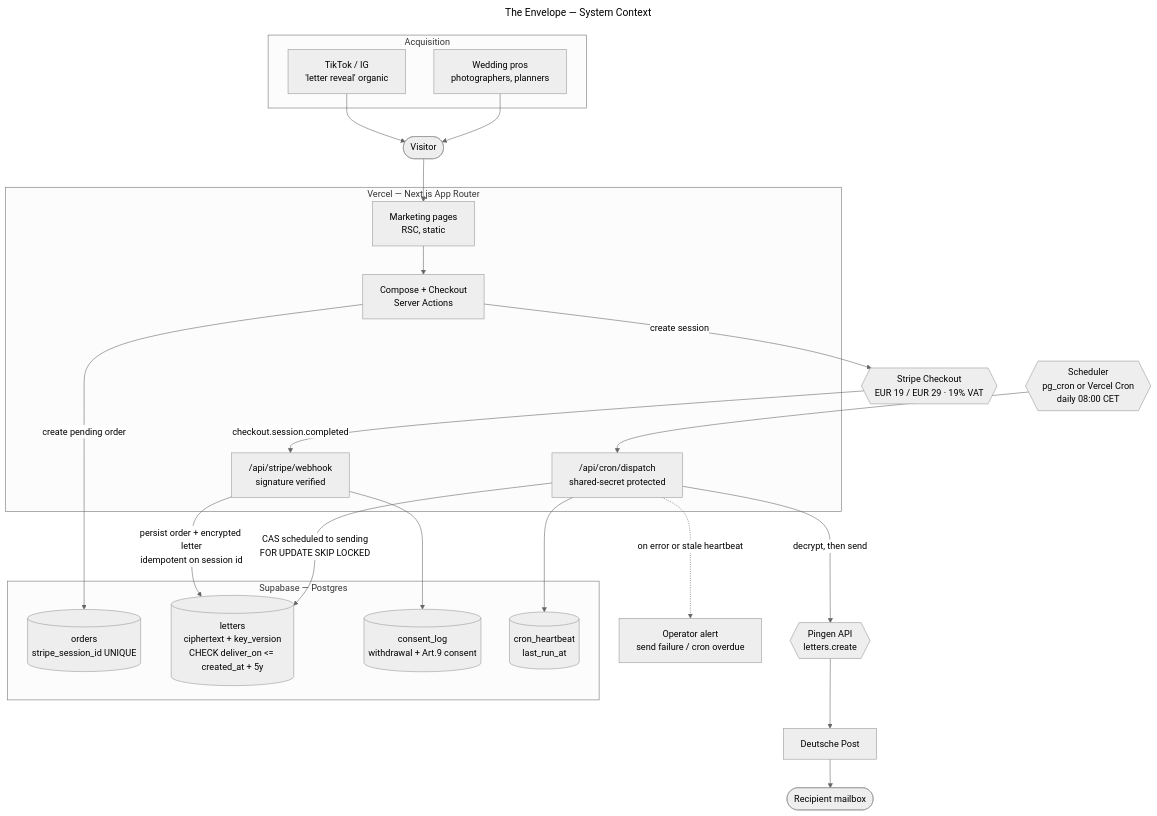
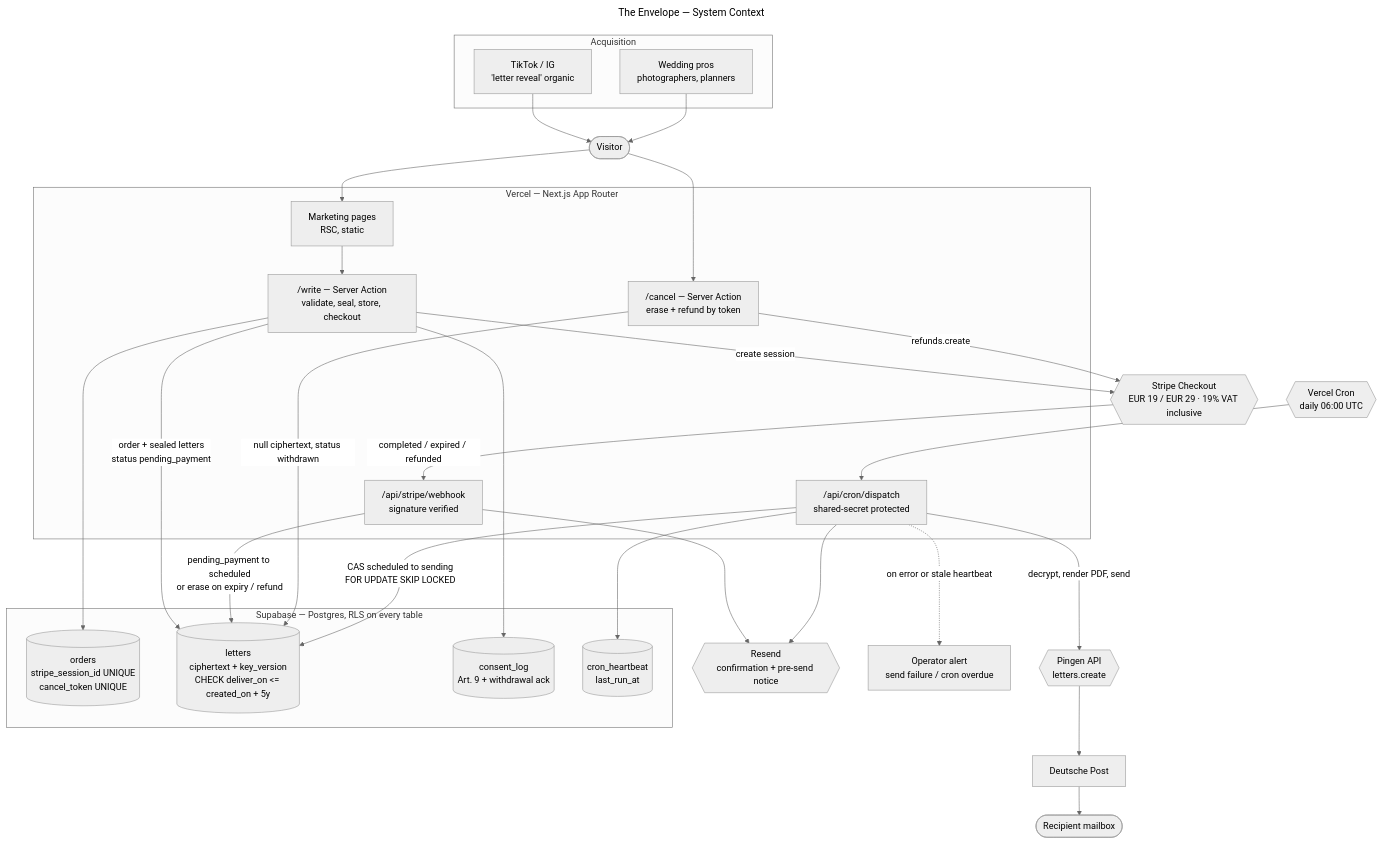
Before and after one commit to kandulanikhilvarma/the-envelope: the diagram in docs/architecture/01-system-context.mmd, drawn with Mermaid (neutral theme). The commit also changed 15 other files, not shown here.

```diff
--- a/docs/architecture/01-system-context.mmd
+++ b/docs/architecture/01-system-context.mmd
@@ -1,50 +1,59 @@
 ---
 title: The Envelope — System Context
 ---
 flowchart TB
     subgraph acq["Acquisition"]
         TT["TikTok / IG<br/>'letter reveal' organic"]
         WP["Wedding pros<br/>photographers, planners"]
     end
 
     V(["Visitor"])
     TT --> V
     WP --> V
 
     subgraph vercel["Vercel — Next.js App Router"]
         MKT["Marketing pages<br/>RSC, static"]
-        APP["Compose + Checkout<br/>Server Actions"]
+        APP["/write — Server Action<br/>validate, seal, store, checkout"]
+        CXL["/cancel — Server Action<br/>erase + refund by token"]
         HOOK["/api/stripe/webhook<br/>signature verified"]
         CRON["/api/cron/dispatch<br/>shared-secret protected"]
     end
 
     V --> MKT
     MKT --> APP
+    V --> CXL
 
-    subgraph supa["Supabase — Postgres"]
-        ORD[("orders<br/>stripe_session_id UNIQUE")]
-        LET[("letters<br/>ciphertext + key_version<br/>CHECK deliver_on &lt;= created_at + 5y")]
-        CON[("consent_log<br/>withdrawal + Art.9 consent")]
+    subgraph supa["Supabase — Postgres, RLS on every table"]
+        ORD[("orders<br/>stripe_session_id UNIQUE<br/>cancel_token UNIQUE")]
+        LET[("letters<br/>ciphertext + key_version<br/>CHECK deliver_on &lt;= created_on + 5y")]
+        CON[("consent_log<br/>Art. 9 + withdrawal ack")]
         HB[("cron_heartbeat<br/>last_run_at")]
     end
 
-    APP -->|"create pending order"| ORD
-    HOOK -->|"persist order + encrypted letter<br/>idempotent on session id"| LET
-    HOOK --> CON
+    APP -->|"order + sealed letters<br/>status pending_payment"| LET
+    APP --> ORD
+    APP --> CON
+    HOOK -->|"pending_payment to scheduled<br/>or erase on expiry / refund"| LET
+    CXL -->|"null ciphertext, status withdrawn"| LET
     CRON -->|"CAS scheduled to sending<br/>FOR UPDATE SKIP LOCKED"| LET
     CRON --> HB
 
-    STRIPE{{"Stripe Checkout<br/>EUR 19 / EUR 29 · 19% VAT"}}
+    STRIPE{{"Stripe Checkout<br/>EUR 19 / EUR 29 · 19% VAT inclusive"}}
     APP -->|"create session"| STRIPE
-    STRIPE -->|"checkout.session.completed"| HOOK
+    STRIPE -->|"completed / expired / refunded"| HOOK
+    CXL -->|"refunds.create"| STRIPE
 
-    SCHED{{"Scheduler<br/>pg_cron or Vercel Cron<br/>daily 08:00 CET"}}
+    MAIL{{"Resend<br/>confirmation + pre-send notice"}}
+    HOOK --> MAIL
+    CRON --> MAIL
+
+    SCHED{{"Vercel Cron<br/>daily 06:00 UTC"}}
     SCHED --> CRON
 
     PIN{{"Pingen API<br/>letters.create"}}
-    CRON -->|"decrypt, then send"| PIN
+    CRON -->|"decrypt, render PDF, send"| PIN
     PIN --> DP["Deutsche Post"]
     DP --> RCP(["Recipient mailbox"])
 
     ALERT["Operator alert<br/>send failure / cron overdue"]
     CRON -.->|"on error or stale heartbeat"| ALERT
```
